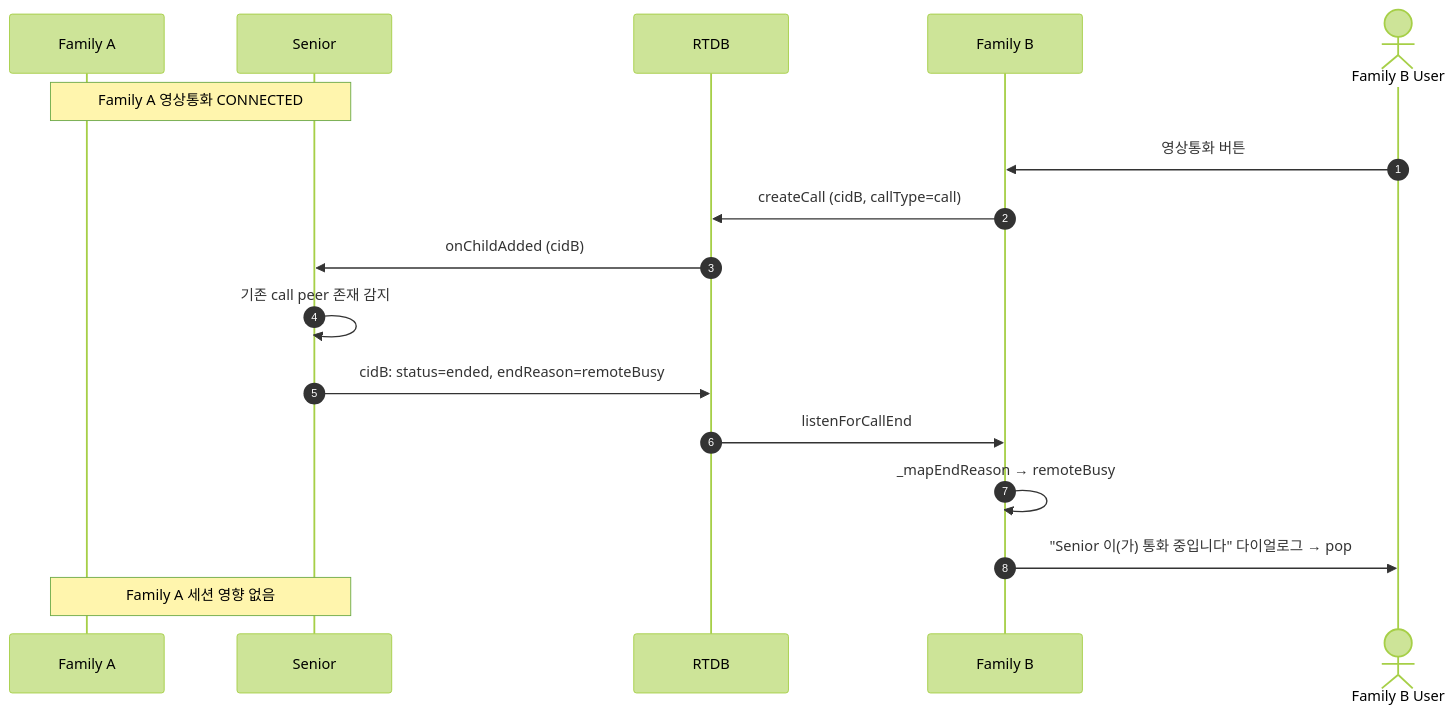
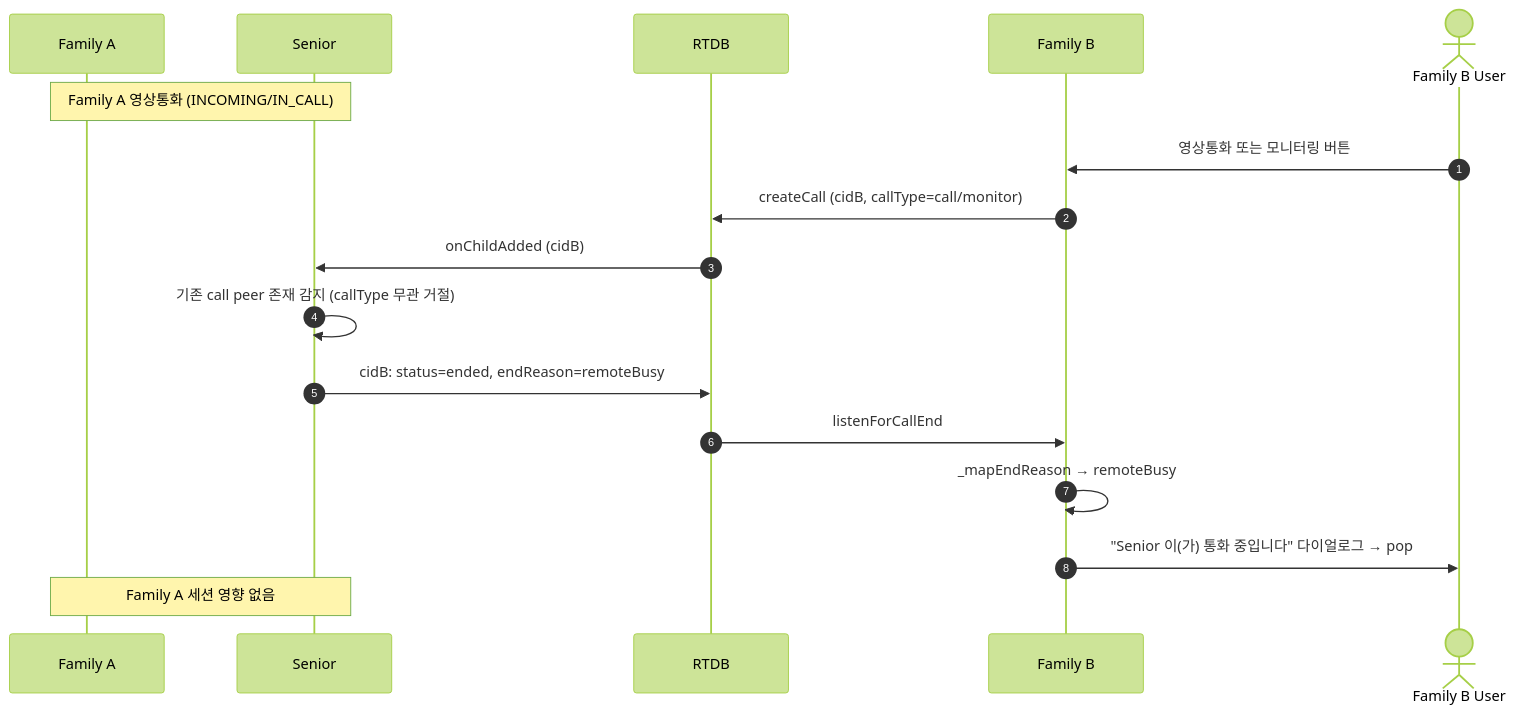
Before and after one commit to HANSOLJJ/senior_care_family: diagram 11 of 13 in docs/call-scenarios.md, drawn with Mermaid (forest theme). The commit also changed other lines of this file and 6 other files, not shown here.

````diff
--- a/docs/call-scenarios.md
+++ b/docs/call-scenarios.md
@@ -475,21 +504,21 @@
 ```mermaid
 %%{init: {'sequence': {'actorMargin':80, 'messageMargin':40, 'width':170}}}%%
 sequenceDiagram
     autonumber
     participant FA as Family A
     participant S as Senior
     participant R as RTDB
     participant FB as Family B
     actor UB as Family B User
 
-    Note over FA,S: Family A 영상통화 CONNECTED
-    UB->>FB: 영상통화 버튼
-    FB->>R: createCall (cidB, callType=call)
+    Note over FA,S: Family A 영상통화 (INCOMING/IN_CALL)
+    UB->>FB: 영상통화 또는 모니터링 버튼
+    FB->>R: createCall (cidB, callType=call/monitor)
     R->>S: onChildAdded (cidB)
-    S->>S: 기존 call peer 존재 감지
+    S->>S: 기존 call peer 존재 감지 (callType 무관 거절)
     S->>R: cidB: status=ended, endReason=remoteBusy
     R->>FB: listenForCallEnd
     FB->>FB: _mapEndReason → remoteBusy
     FB->>UB: "Senior 이(가) 통화 중입니다" 다이얼로그 → pop
     Note over FA,S: Family A 세션 영향 없음
 ```
````
